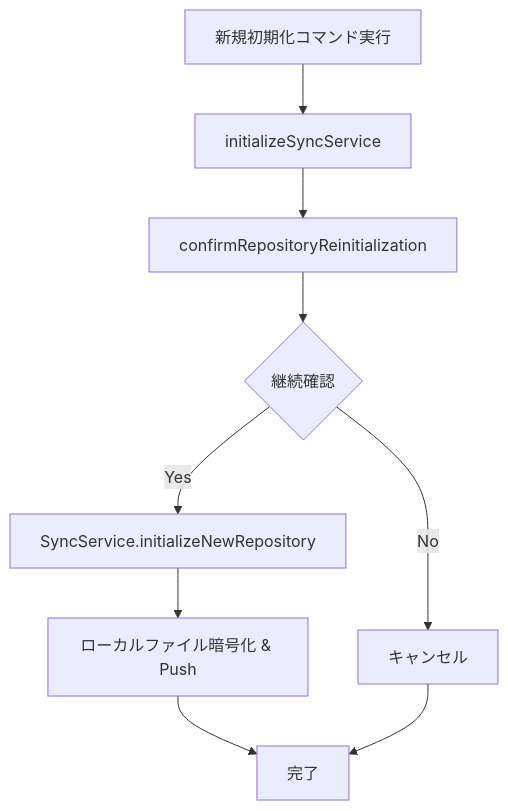
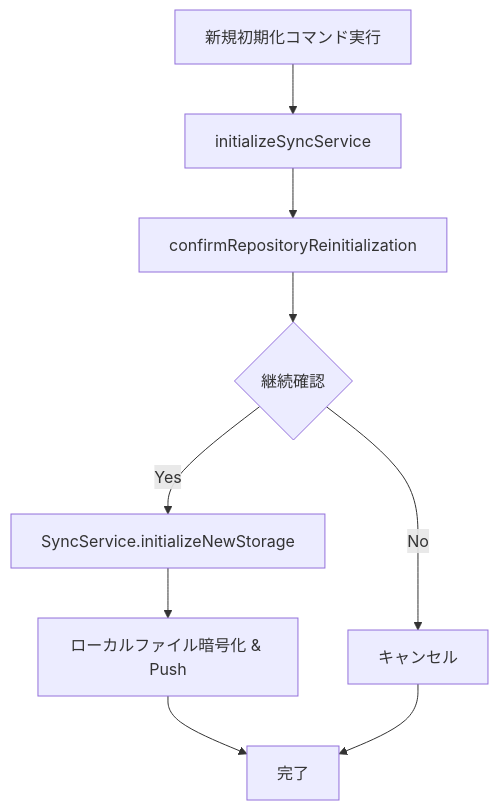
The second of 4 diagrams in docs/sync-process-detailed-analysis.md (masahide/SecureNotesSyncVSCodeExt), drawn with Mermaid before and after one commit. The commit also changed other lines of this file and 4 other files, not shown here.

````diff
--- a/docs/sync-process-detailed-analysis.md
+++ b/docs/sync-process-detailed-analysis.md
@@ -44,11 +44,11 @@
 ```mermaid
 graph TD
     A[新規初期化コマンド実行] --> B[initializeSyncService];
     B --> C[confirmRepositoryReinitialization];
     C --> D{継続確認};
     D -->|No| E[キャンセル];
-    D -->|Yes| F[SyncService.initializeNewRepository];
+    D -->|Yes| F[SyncService.initializeNewStorage];
     F --> G[ローカルファイル暗号化 & Push];
     G --> H[完了];
     E --> H;
 ```
````
